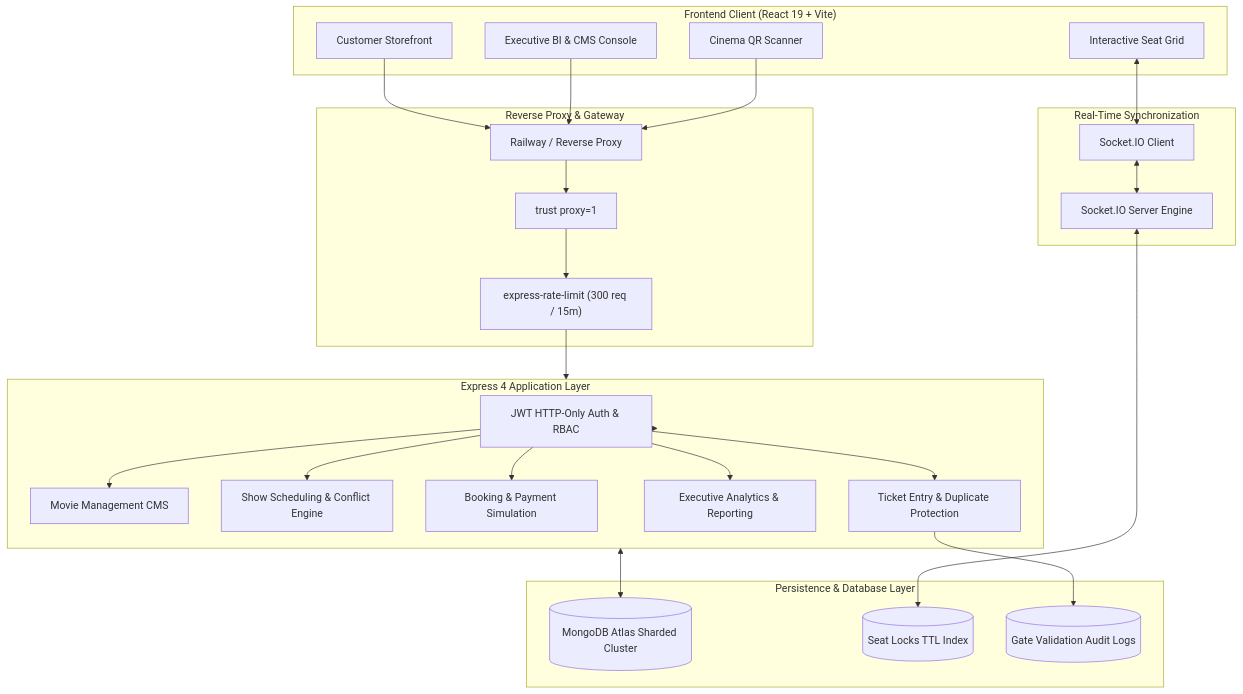
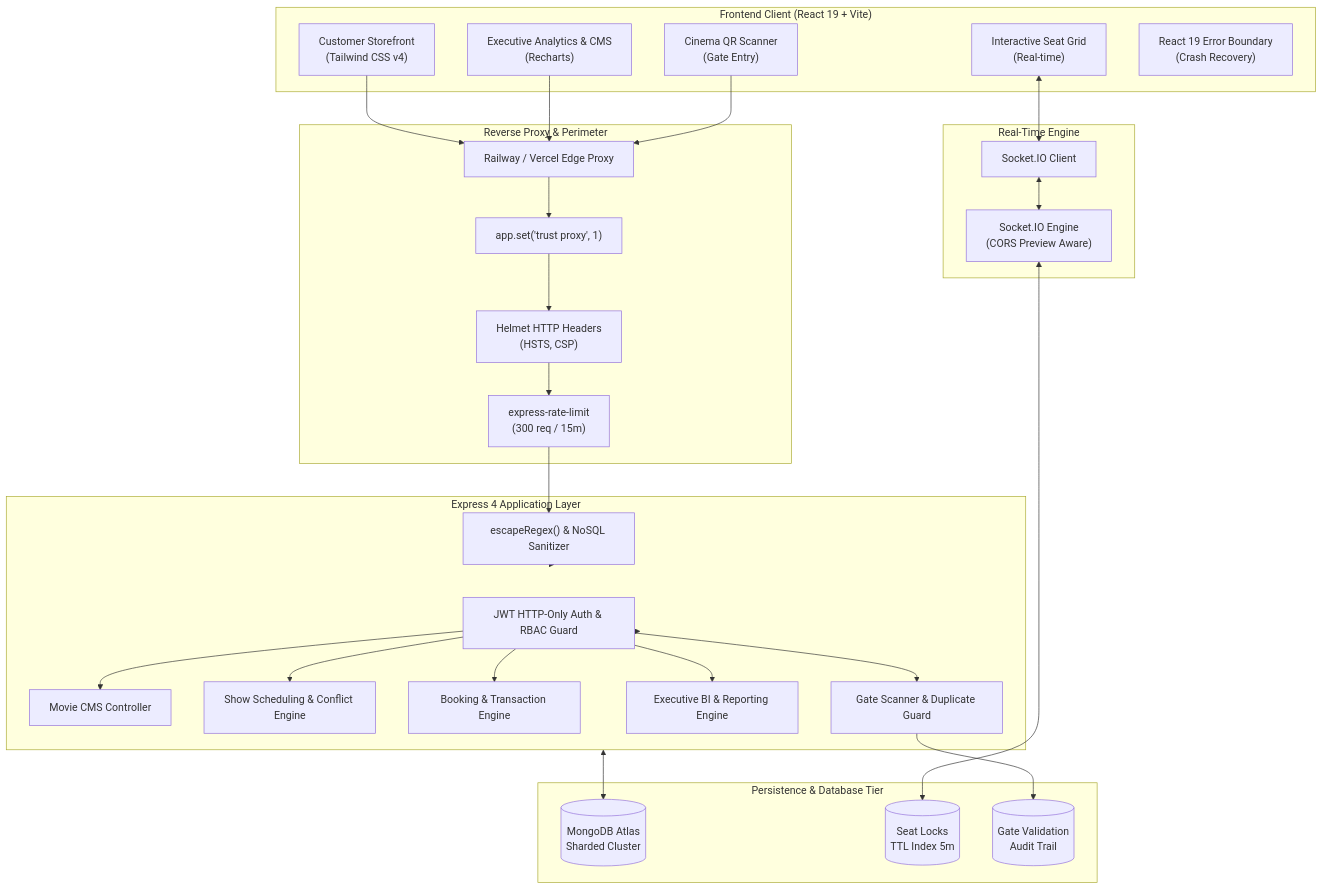
The diagram in README.md (mrfrosty7007/BookMyShow-Clone), drawn with Mermaid before and after one commit. The commit also changed other lines of this file and 23 other files, not shown here.

````diff
--- a/README.md
+++ b/README.md
@@ -25,54 +58,57 @@
 ```mermaid
 flowchart TD
     subgraph Client["Frontend Client (React 19 + Vite)"]
-        UI[Customer Storefront]
-        SeatMap[Interactive Seat Grid]
-        StaffScanner[Cinema QR Scanner]
-        AdminConsole[Executive BI & CMS Console]
+        UI["Customer Storefront<br>(Tailwind CSS v4)"]
+        SeatMap["Interactive Seat Grid<br>(Real-time)"]
+        StaffScanner["Cinema QR Scanner<br>(Gate Entry)"]
+        AdminConsole["Executive Analytics & CMS<br>(Recharts)"]
+        ErrorBoundary["React 19 Error Boundary<br>(Crash Recovery)"]
     end
 
-    subgraph RealTime["Real-Time Synchronization"]
-        SocketClient[Socket.IO Client]
-        SocketServer[Socket.IO Server Engine]
+    subgraph RealTime["Real-Time Engine"]
+        SocketClient["Socket.IO Client"]
+        SocketServer["Socket.IO Engine<br>(CORS Preview Aware)"]
     end
 
-    subgraph Gateway["Reverse Proxy & Gateway"]
-        Proxy[Railway / Reverse Proxy]
-        TrustProxy["trust proxy=1"]
-        RateLimiter["express-rate-limit (300 req / 15m)"]
+    subgraph Gateway["Reverse Proxy & Perimeter"]
+        Proxy["Railway / Vercel Edge Proxy"]
+        TrustProxy["app.set('trust proxy', 1)"]
+        RateLimiter["express-rate-limit<br>(300 req / 15m)"]
+        HelmetMW["Helmet HTTP Headers<br>(HSTS, CSP)"]
     end
 
     subgraph Backend["Express 4 Application Layer"]
-        AuthMiddleware["JWT HTTP-Only Auth & RBAC"]
-        MovieCtrl[Movie Management CMS]
-        ShowCtrl[Show Scheduling & Conflict Engine]
-        BookingCtrl[Booking & Payment Simulation]
-        ValidationCtrl[Ticket Entry & Duplicate Protection]
-        AnalyticsCtrl[Executive Analytics & Reporting]
+        AuthMW["JWT HTTP-Only Auth & RBAC Guard"]
+        Sanitizer["escapeRegex() & NoSQL Sanitizer"]
+        MovieCtrl["Movie CMS Controller"]
+        ShowCtrl["Show Scheduling & Conflict Engine"]
+        BookingCtrl["Booking & Transaction Engine"]
+        ValidationCtrl["Gate Scanner & Duplicate Guard"]
+        AnalyticsCtrl["Executive BI & Reporting Engine"]
     end
 
-    subgraph Persistence["Persistence & Database Layer"]
-        MongoAtlas[("MongoDB Atlas Sharded Cluster")]
-        SeatLocks[("Seat Locks TTL Index")]
-        AuditLogs[("Gate Validation Audit Logs")]
+    subgraph Persistence["Persistence & Database Tier"]
+        MongoAtlas[("MongoDB Atlas<br>Sharded Cluster")]
+        SeatLocks[("Seat Locks<br>TTL Index 5m")]
+        AuditLogs[("Gate Validation<br>Audit Trail")]
     end
 
     UI --> Proxy
     AdminConsole --> Proxy
     StaffScanner --> Proxy
     SeatMap <--> SocketClient
     SocketClient <--> SocketServer
 
-    Proxy --> TrustProxy --> RateLimiter --> Backend
+    Proxy --> TrustProxy --> HelmetMW --> RateLimiter --> Sanitizer --> Backend
     SocketServer <--> SeatLocks
 
-    Backend --> AuthMiddleware
-    AuthMiddleware --> MovieCtrl
-    AuthMiddleware --> ShowCtrl
-    AuthMiddleware --> BookingCtrl
-    AuthMiddleware --> ValidationCtrl
-    AuthMiddleware --> AnalyticsCtrl
+    Backend --> AuthMW
+    AuthMW --> MovieCtrl
+    AuthMW --> ShowCtrl
+    AuthMW --> BookingCtrl
+    AuthMW --> ValidationCtrl
+    AuthMW --> AnalyticsCtrl
 
     Backend <--> MongoAtlas
     ValidationCtrl --> AuditLogs
 ```
````
